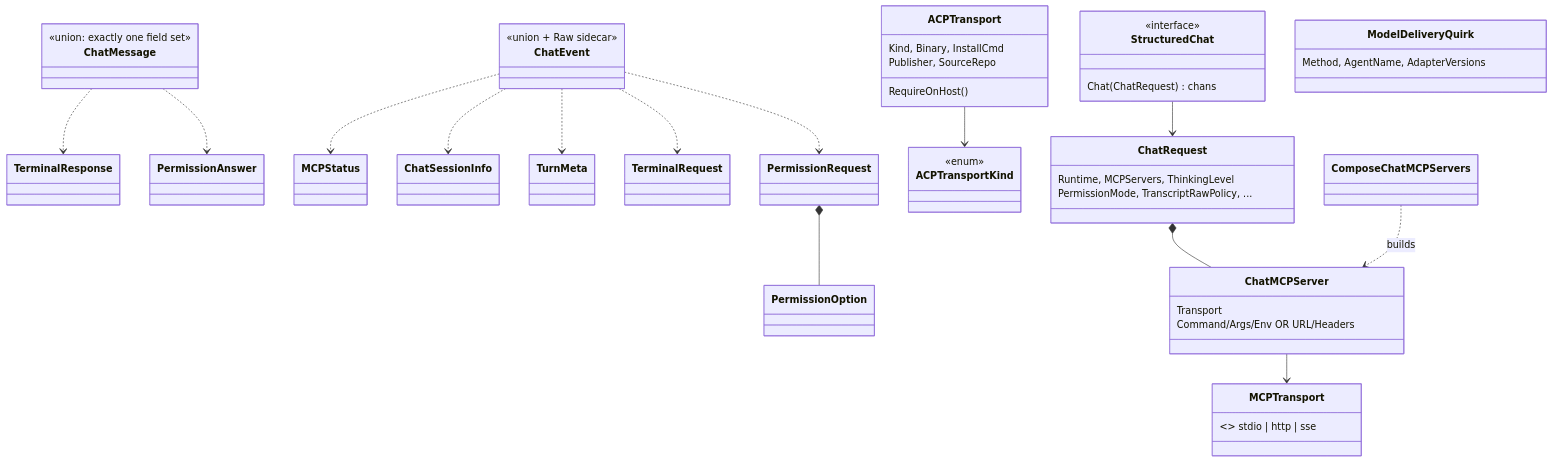
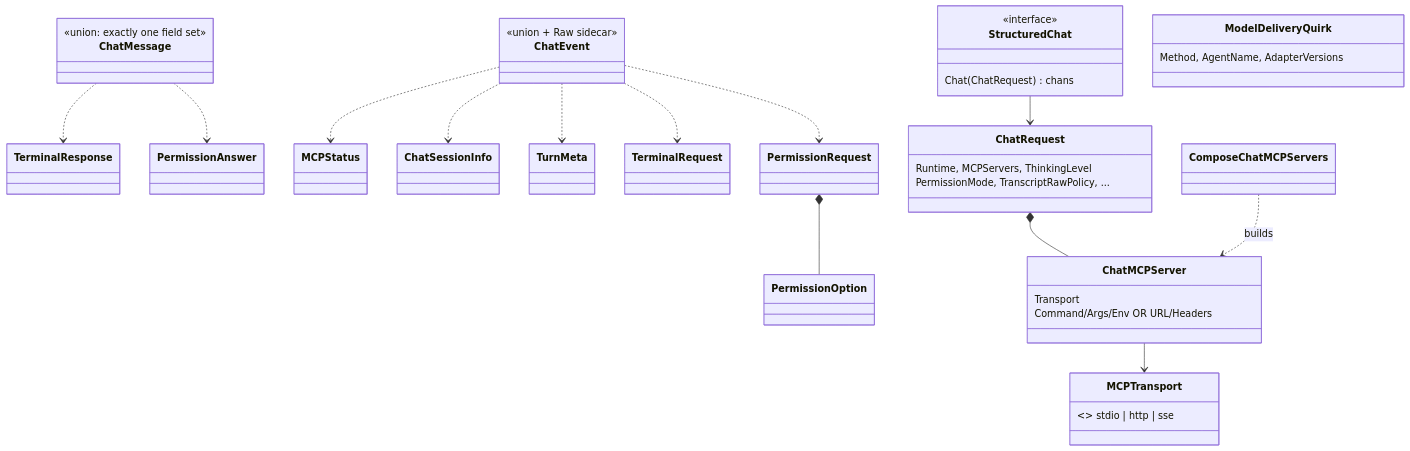
Before and after one commit to ctxloom/ctxloom: the diagram in docs/architecture/shared/agent-chat.md, drawn with Mermaid. The commit also changed other lines of this file and 86 other files, not shown here.

````diff
--- a/docs/architecture/shared/agent-chat.md
+++ b/docs/architecture/shared/agent-chat.md
@@ -5,57 +5,48 @@
 ```mermaid
 classDiagram
     class StructuredChat {
         <<interface>>
         Chat(ChatRequest) chans
     }
     class ChatRequest {
         Runtime, MCPServers, ThinkingLevel
         PermissionMode, TranscriptRawPolicy, ...
     }
     class ChatMessage {
         <<union: exactly one field set>>
     }
     class ChatEvent {
         <<union + Raw sidecar>>
     }
     class PermissionRequest
     class PermissionOption
     class PermissionAnswer
     class TerminalRequest
     class TerminalResponse
     class TurnMeta
     class ChatSessionInfo
     class MCPStatus
     class ChatMCPServer {
         Transport
         Command/Args/Env  OR  URL/Headers
     }
     class MCPTransport {
         <<enum>> stdio | http | sse
     }
-    class ACPTransport {
-        Kind, Binary, InstallCmd
-        Publisher, SourceRepo
-        RequireOnHost()
-    }
-    class ACPTransportKind {
-        <<enum>>
-    }
     class ModelDeliveryQuirk {
         Method, AgentName, AdapterVersions
     }
 
     StructuredChat --> ChatRequest
     ChatRequest *-- ChatMCPServer
     ChatMCPServer --> MCPTransport
     ChatEvent ..> PermissionRequest
     ChatEvent ..> TerminalRequest
     ChatEvent ..> TurnMeta
     ChatEvent ..> ChatSessionInfo
     ChatEvent ..> MCPStatus
     ChatMessage ..> PermissionAnswer
     ChatMessage ..> TerminalResponse
     PermissionRequest *-- PermissionOption
-    ACPTransport --> ACPTransportKind
     ComposeChatMCPServers ..> ChatMCPServer : builds
 ```
````
